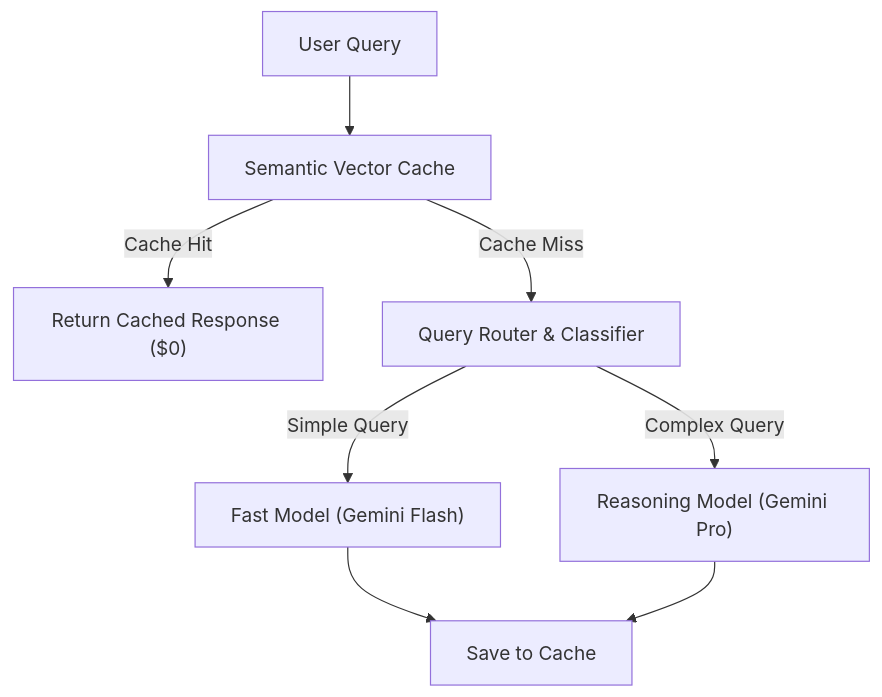
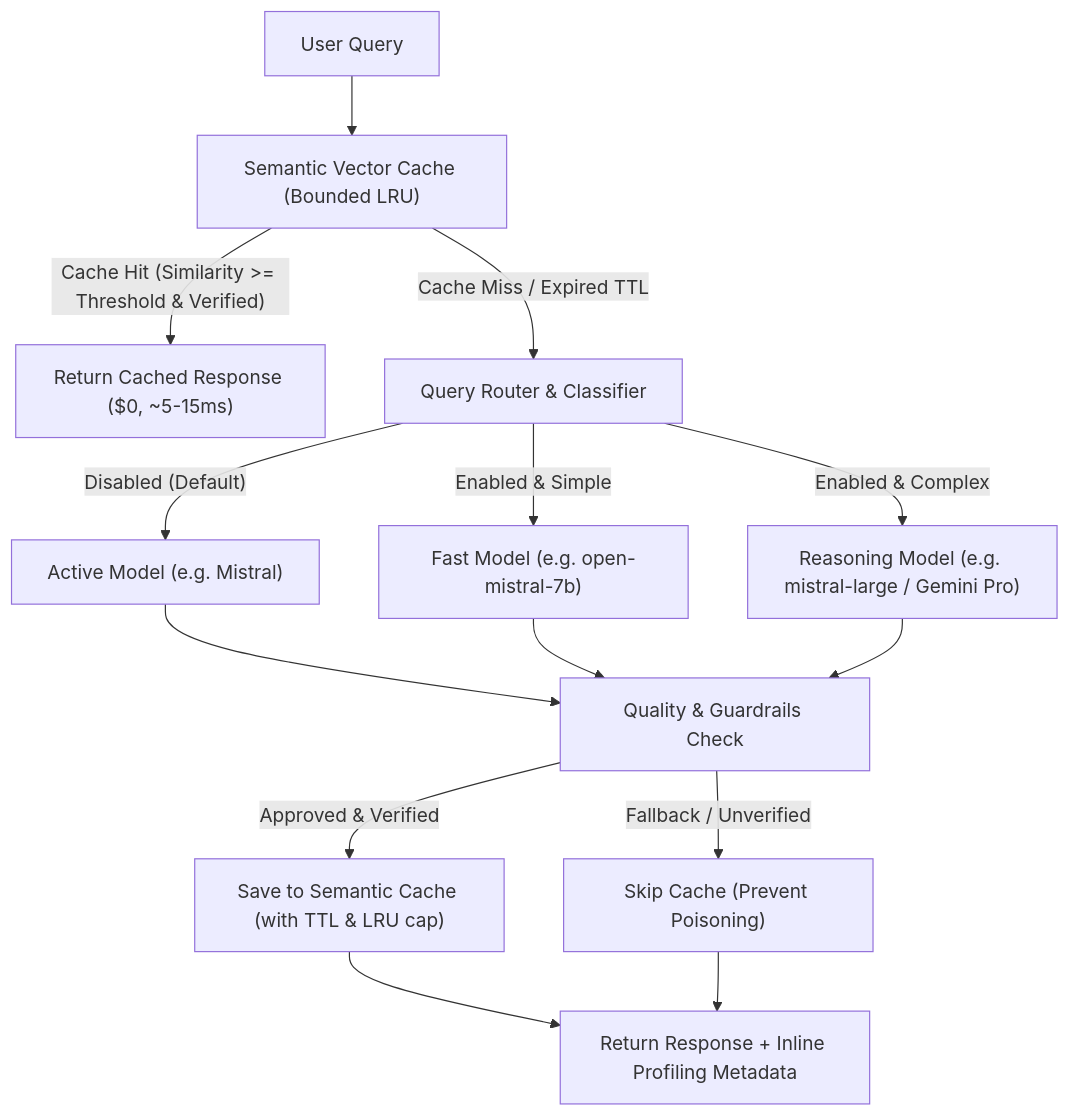
The diagram in plans/plan4.md (Souheil007/Rag_Full_Version), drawn with Mermaid before and after one commit. The commit also changed other lines of this file and 8 other files, not shown here.

Commit message:
feat(optimization): implement semantic cache, configurable query router, and profiler (Plan 4)

````diff
--- a/plans/plan4.md
+++ b/plans/plan4.md
@@ -10,10 +10,16 @@
 ```mermaid
 flowchart TD
-    Q["User Query"] --> C["Semantic Vector Cache"]
-    C -->|"Cache Hit"| R1["Return Cached Response ($0)"]
-    C -->|"Cache Miss"| QR["Query Router & Classifier"]
-    QR -->|"Simple Query"| M1["Fast Model (Gemini Flash)"]
-    QR -->|"Complex Query"| M2["Reasoning Model (Gemini Pro)"]
-    M1 --> Post["Save to Cache"]
-    M2 --> Post
+    Q["User Query"] --> C["Semantic Vector Cache (Bounded LRU)"]
+    C -->|"Cache Hit (Similarity >= Threshold & Verified)"| R1["Return Cached Response ($0, ~5-15ms)"]
+    C -->|"Cache Miss / Expired TTL"| QR["Query Router & Classifier"]
+    QR -->|"Disabled (Default)"| M0["Active Model (e.g. Mistral)"]
+    QR -->|"Enabled & Simple"| M1["Fast Model (e.g. open-mistral-7b)"]
+    QR -->|"Enabled & Complex"| M2["Reasoning Model (e.g. mistral-large / Gemini Pro)"]
+    M0 --> V["Quality & Guardrails Check"]
+    M1 --> V
+    M2 --> V
+    V -->|"Approved & Verified"| Post["Save to Semantic Cache (with TTL & LRU cap)"]
+    V -->|"Fallback / Unverified"| Skip["Skip Cache (Prevent Poisoning)"]
+    Post --> Out["Return Response + Inline Profiling Metadata"]
+    Skip --> Out
 ```
````
